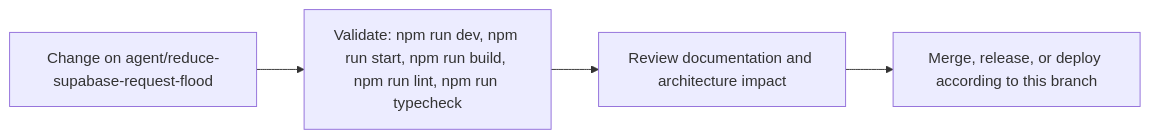
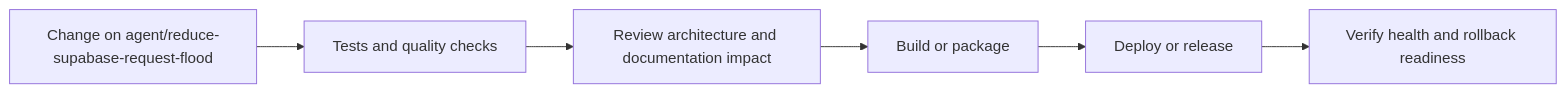
The sixth of 7 diagrams in README.md (Nischhalsubba/blink-and-find), drawn with Mermaid before and after one commit. The commit also changed other lines of this file, not shown here.

````diff
--- a/README.md
+++ b/README.md
@@ -84,8 +205,8 @@
 ```mermaid
 flowchart LR
-    CHANGE["Change on agent/reduce-supabase-request-flood"]
-    CHECK["Validate: npm run dev, npm run start, npm run build, npm run lint, npm run typecheck"]
-    REVIEW["Review documentation and architecture impact"]
-    RELEASE["Merge, release, or deploy according to this branch"]
-    CHANGE --> CHECK --> REVIEW --> RELEASE
+    CHANGE["Change on agent/reduce-supabase-request-flood"] --> CHECK["Tests and quality checks"]
+    CHECK --> REVIEW["Review architecture and documentation impact"]
+    REVIEW --> BUILD["Build or package"]
+    BUILD --> DEPLOY["Deploy or release"]
+    DEPLOY --> VERIFY["Verify health and rollback readiness"]
 ```
````
